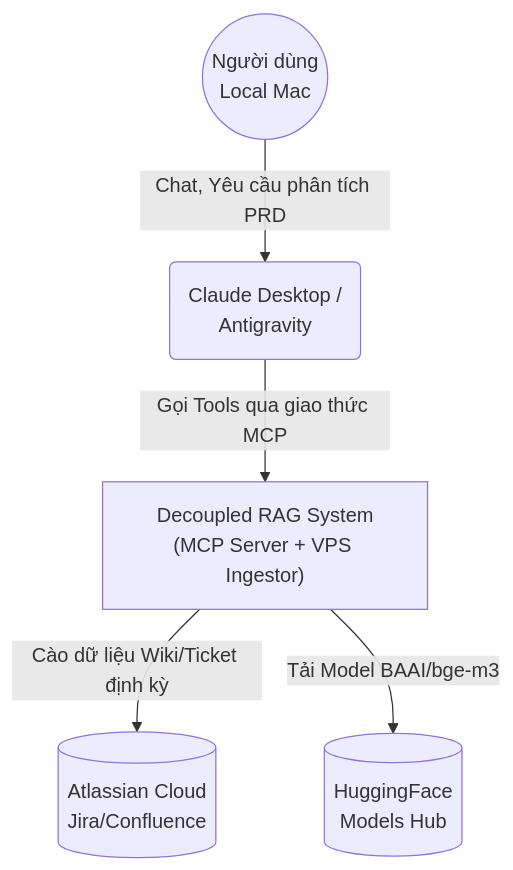
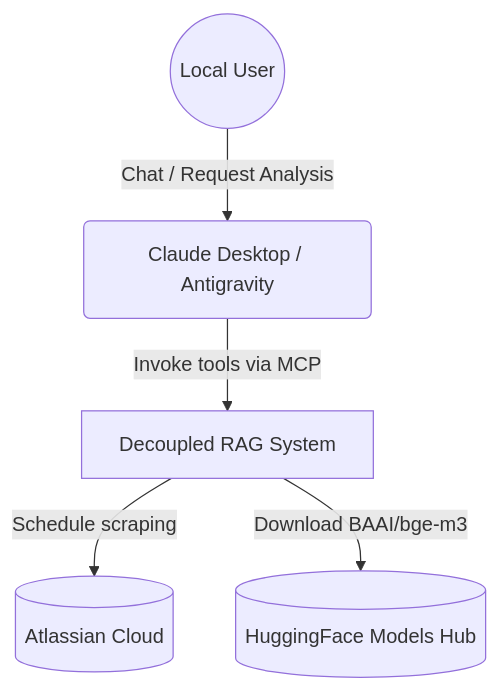
Before and after one commit to cachep-xidau/MCP-server: the first of 4 diagrams in README.md, drawn with Mermaid. The commit also changed other lines of this file, not shown here.

Commit message:
docs: fix Mermaid render errors and translate sequence flow to standard English

````diff
--- a/README.md
+++ b/README.md
@@ -19,13 +19,13 @@
 ```mermaid
 graph TD
-    User((Người dùng\nLocal Mac))
-    Antigravity(Claude Desktop /\nAntigravity)
-    RAG_System["Decoupled RAG System\n(MCP Server + VPS Ingestor)"]
-    Atlassian[(Atlassian Cloud\nJira/Confluence)]
-    HuggingFace[(HuggingFace\nModels Hub)]
+    User((Local User))
+    Antigravity(Claude Desktop / Antigravity)
+    RAG_System[Decoupled RAG System]
+    Atlassian[(Atlassian Cloud)]
+    HuggingFace[(HuggingFace Models Hub)]
 
-    User -->|Chat, Yêu cầu phân tích PRD| Antigravity
-    Antigravity -->|Gọi Tools qua giao thức MCP| RAG_System
-    RAG_System -->|Cào dữ liệu Wiki/Ticket định kỳ| Atlassian
-    RAG_System -->|Tải Model BAAI/bge-m3| HuggingFace
+    User -->|Chat / Request Analysis| Antigravity
+    Antigravity -->|Invoke tools via MCP| RAG_System
+    RAG_System -->|Schedule scraping| Atlassian
+    RAG_System -->|Download BAAI/bge-m3| HuggingFace
 ```
````
